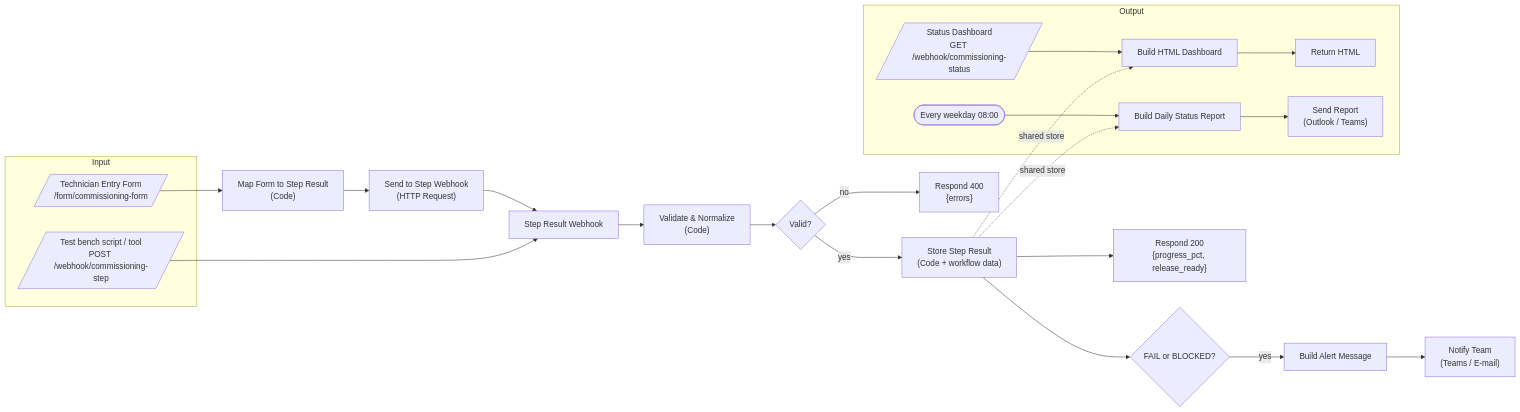
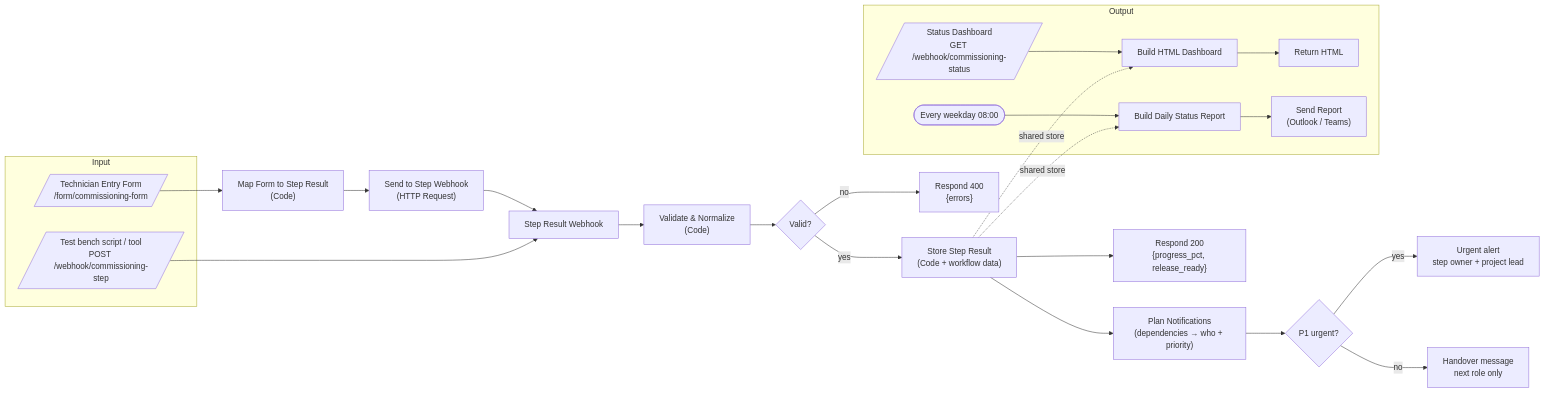
One commit to abhisheklakhani-it/n8n-test-bench-commissioning-tracker changed the first of 2 diagrams in README.md. Above: the diagram before and after it, drawn with Mermaid. The commit also changed other lines of this file and 5 other files, not shown here.

````diff
--- a/README.md
+++ b/README.md
@@ -65,25 +70,27 @@
 ```mermaid
 flowchart LR
     subgraph Input
         F[/"Technician Entry Form<br/>/form/commissioning-form"/]
         S[/"Test bench script / tool<br/>POST /webhook/commissioning-step"/]
     end
 
     F --> M["Map Form to Step Result<br/>(Code)"] --> H["Send to Step Webhook<br/>(HTTP Request)"] --> W
 
     S --> W["Step Result Webhook"]
     W --> V["Validate & Normalize<br/>(Code)"] --> Q{"Valid?"}
     Q -- no --> R400["Respond 400<br/>{errors}"]
     Q -- yes --> ST["Store Step Result<br/>(Code + workflow data)"]
     ST --> R200["Respond 200<br/>{progress_pct, release_ready}"]
-    ST --> FB{"FAIL or BLOCKED?"}
-    FB -- yes --> AL["Build Alert Message"] --> N["Notify Team<br/>(Teams / E-mail)"]
+    ST --> PN["Plan Notifications<br/>(dependencies → who + priority)"]
+    PN --> PQ{"P1 urgent?"}
+    PQ -- yes --> UA["Urgent alert<br/>step owner + project lead"]
+    PQ -- no --> HO["Handover message<br/>next role only"]
 
     subgraph Output
         D[/"Status Dashboard<br/>GET /webhook/commissioning-status"/] --> DH["Build HTML Dashboard"] --> DR["Return HTML"]
         C(["Every weekday 08:00"]) --> RP["Build Daily Status Report"] --> SR["Send Report<br/>(Outlook / Teams)"]
     end
 
     ST -. shared store .-> DH
     ST -. shared store .-> RP
 ```
````
